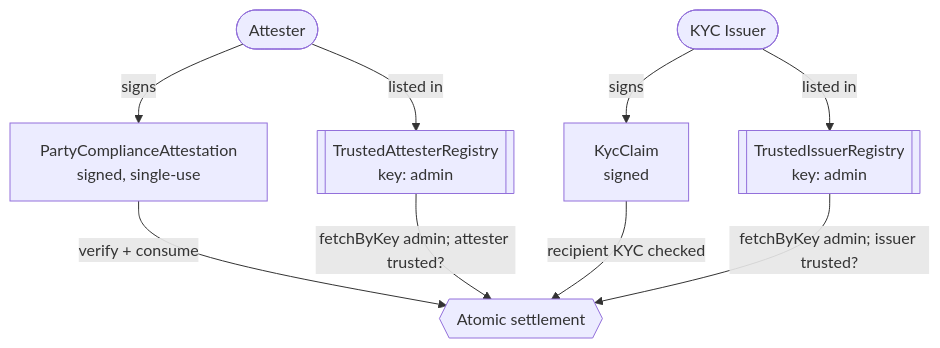
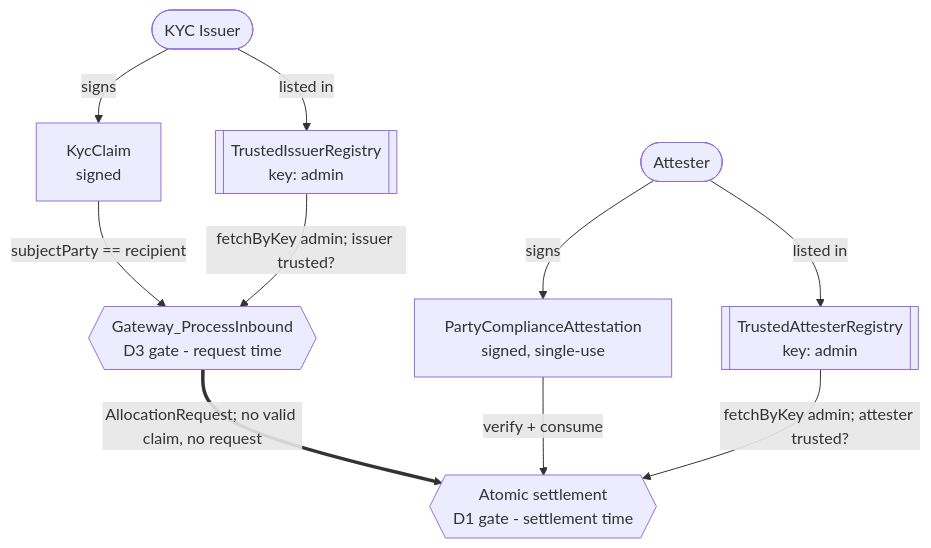
Before and after one commit to OpenZeppelin/canton-specs: the first of 5 diagrams in docs/ri-reports/03-cross-chain-stablecoin.md, drawn with Mermaid. The commit also changed other lines of this file, not shown here.

Commit message:
fix 3 > Diagram A: add missing

````diff
--- a/docs/ri-reports/03-cross-chain-stablecoin.md
+++ b/docs/ri-reports/03-cross-chain-stablecoin.md
@@ -150,19 +150,22 @@
 ```mermaid
 flowchart TD
     Attester([Attester])
     Issuer([KYC Issuer])
     AttReg[["TrustedAttesterRegistry<br/>key: admin"]]
     IssReg[["TrustedIssuerRegistry<br/>key: admin"]]
     Attn["PartyComplianceAttestation<br/>signed, single-use"]
     Kyc["KycClaim<br/>signed"]
-    Settle{{Atomic settlement}}
+    GW{{"Gateway_ProcessInbound<br/>D3 gate - request time"}}
+    Settle{{"Atomic settlement<br/>D1 gate - settlement time"}}
+
+    Issuer -->|"listed in"| IssReg
+    Issuer -->|"signs"| Kyc
+    Kyc -->|"subjectParty == recipient"| GW
+    IssReg -->|"fetchByKey admin; issuer trusted?"| GW
+    GW ==>|"AllocationRequest; no valid claim, no request"| Settle
 
     Attester -->|"listed in"| AttReg
-    Issuer -->|"listed in"| IssReg
     Attester -->|"signs"| Attn
-    Issuer -->|"signs"| Kyc
     Attn -->|"verify + consume"| Settle
     AttReg -->|"fetchByKey admin; attester trusted?"| Settle
-    Kyc -->|"recipient KYC checked"| Settle
-    IssReg -->|"fetchByKey admin; issuer trusted?"| Settle
 ```
````
